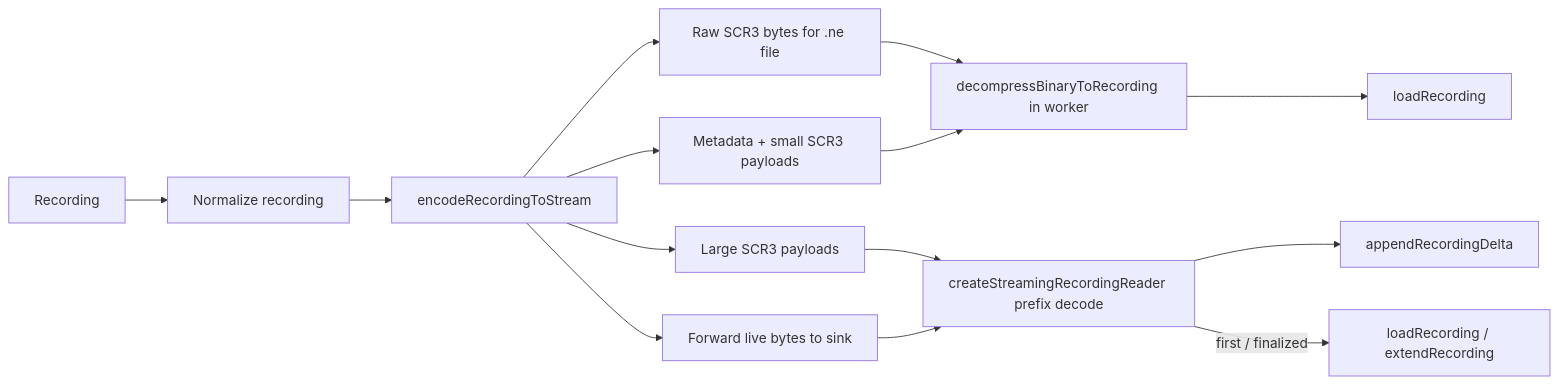
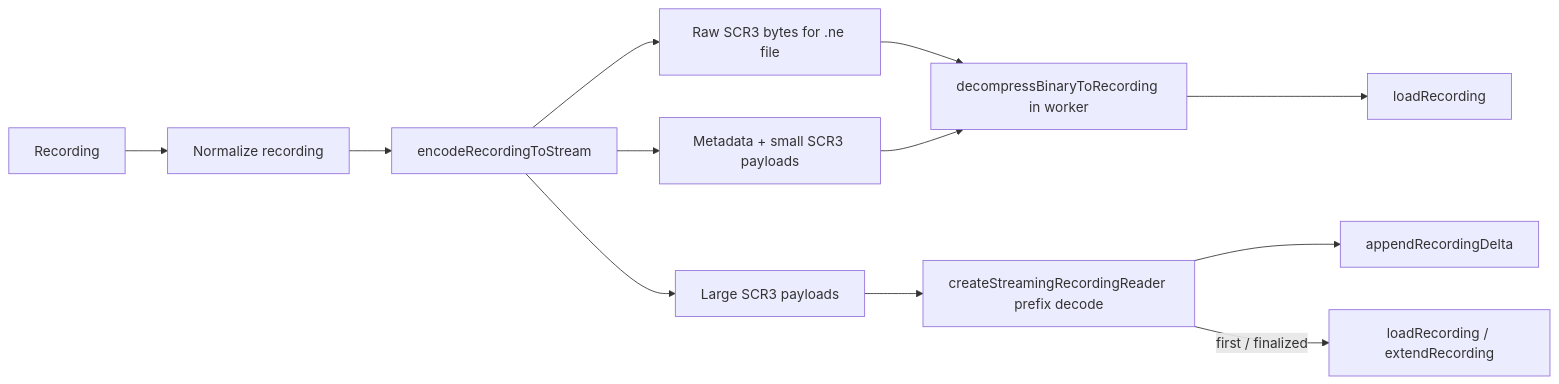
The fourth of 6 diagrams in docs/data-flow.md (channyeintun/next-editor), drawn with Mermaid before and after one commit. The commit also changed other lines of this file and 25 other files, not shown here.

````diff
--- a/docs/data-flow.md
+++ b/docs/data-flow.md
@@ -135,16 +130,14 @@
 ```mermaid
 flowchart LR
     Recording --> Normalize[Normalize recording]
     Normalize --> Encode[encodeRecordingToStream]
     Encode --> NeFile[Raw SCR3 bytes for .ne file]
     Encode --> IndexedDB[Metadata + small SCR3 payloads]
     Encode --> OPFS[Large SCR3 payloads]
-    Encode --> Live[Forward live bytes to sink]
     NeFile --> Decode[decompressBinaryToRecording in worker]
     IndexedDB --> Decode
-    OPFS --> PrefixDecode
-    Live --> PrefixDecode[createStreamingRecordingReader prefix decode]
+    OPFS --> PrefixDecode[createStreamingRecordingReader prefix decode]
     Decode --> Load[loadRecording]
     PrefixDecode --> Append[appendRecordingDelta]
     PrefixDecode -->|first / finalized| Extend[loadRecording / extendRecording]
 ```
````
